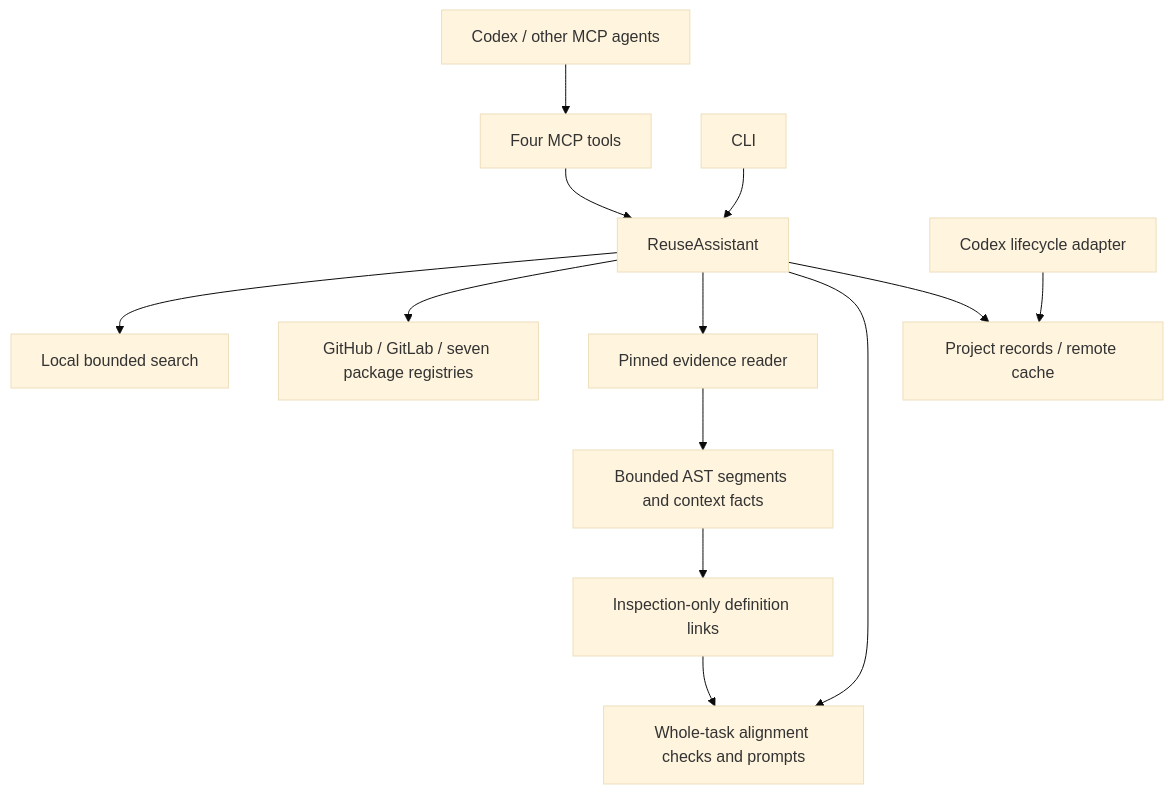
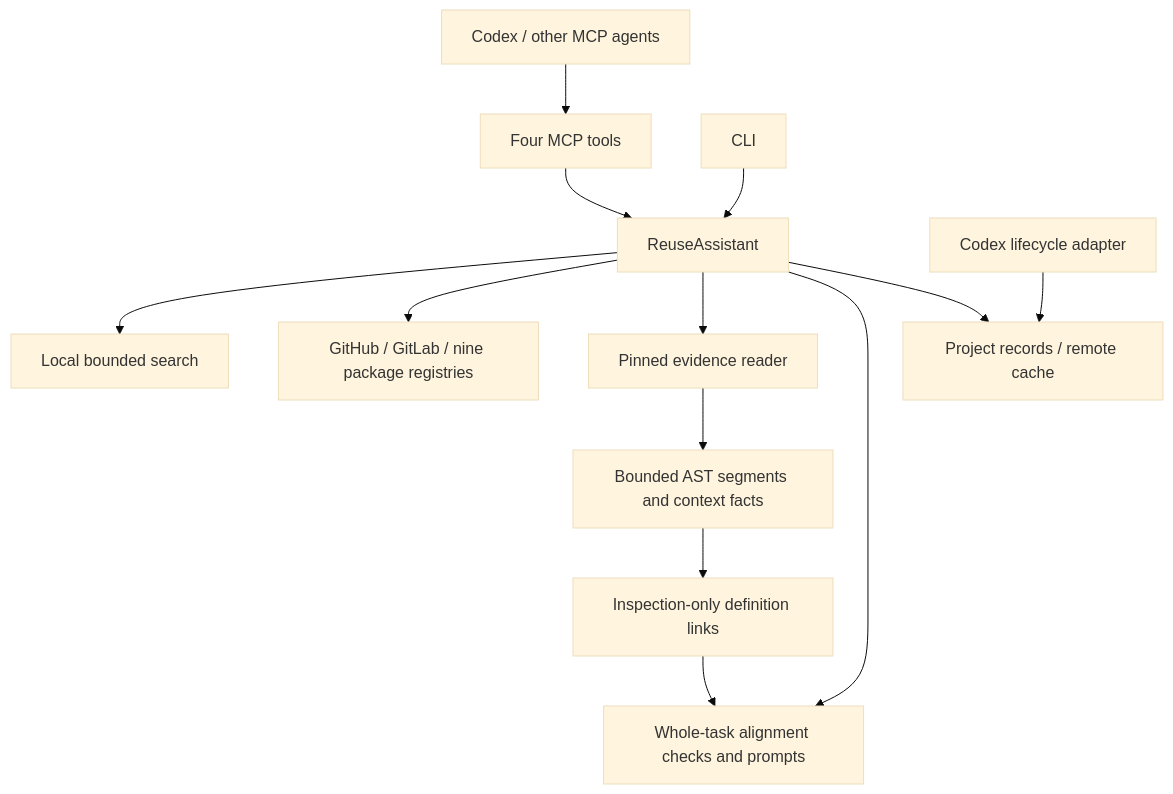
The diagram in docs/ARCHITECTURE.md (tianxiashan294-design/reuse-assistant), drawn with Mermaid (base theme) before and after one commit. The commit also changed other lines of this file and 61 other files, not shown here.

````diff
--- a/docs/ARCHITECTURE.md
+++ b/docs/ARCHITECTURE.md
@@ -5,15 +5,15 @@
 ```mermaid
 flowchart TD
   Agent[Codex / other MCP agents] --> MCP[Four MCP tools]
   CLI[CLI] --> Core[ReuseAssistant]
   MCP --> Core
   Core --> Local[Local bounded search]
-  Core --> Sources[GitHub / GitLab / seven package registries]
+  Core --> Sources[GitHub / GitLab / nine package registries]
   Core --> Evidence[Pinned evidence reader]
   Evidence --> Segments[Bounded AST segments and context facts]
   Segments --> Links[Inspection-only definition links]
   Links --> Alignment
   Core --> Alignment[Whole-task alignment checks and prompts]
   Core --> Store[Project records / remote cache]
   Hooks[Codex lifecycle adapter] --> Store
 ```
````
